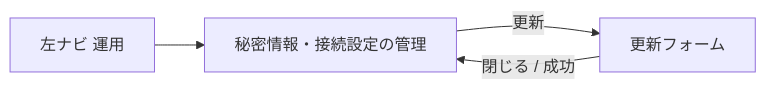
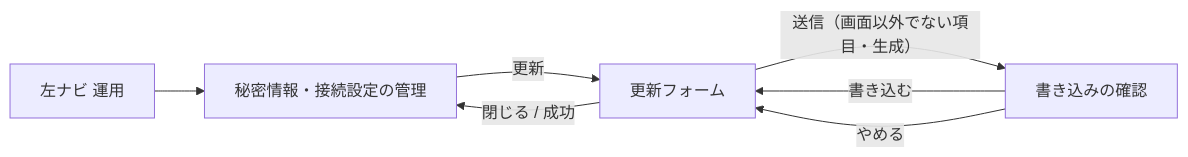
One commit to endazon/microservices-platform changed the diagram in docs/screens/SC-22_secret-item-management.md. Above: the diagram before and after it, drawn with Mermaid. The commit also changed other lines of this file and 21 other files, not shown here.

````diff
--- a/docs/screens/SC-22_secret-item-management.md
+++ b/docs/screens/SC-22_secret-item-management.md
@@ -153,6 +168,9 @@
 ```mermaid
 flowchart LR
   N[左ナビ 運用] --> S[秘密情報・接続設定の管理]
   S -->|更新| F[更新フォーム]
   F -->|閉じる / 成功| S
+  F -->|送信（画面以外でない項目・生成）| C[書き込みの確認]
+  C -->|書き込む| F
+  C -->|やめる| F
 ```
````
